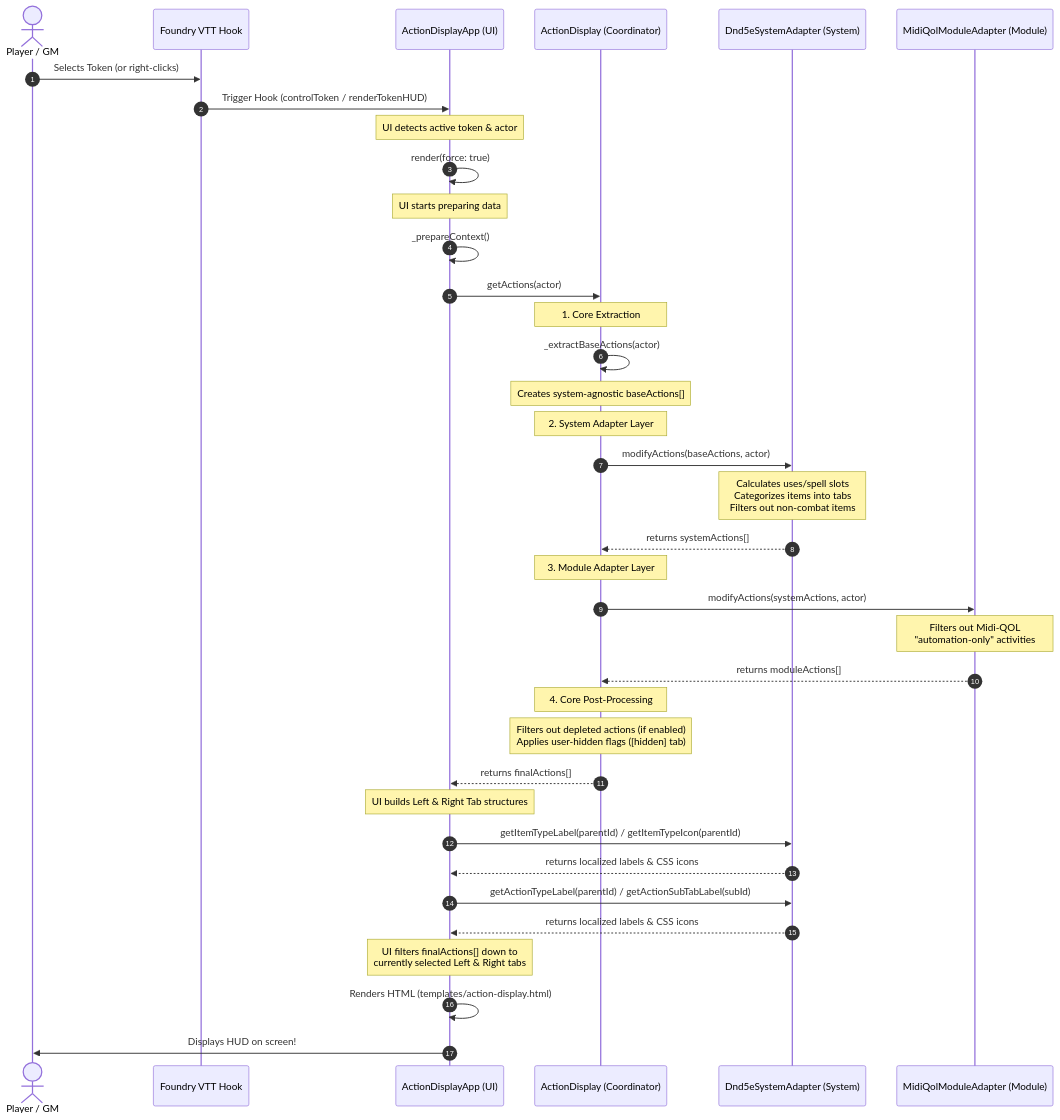
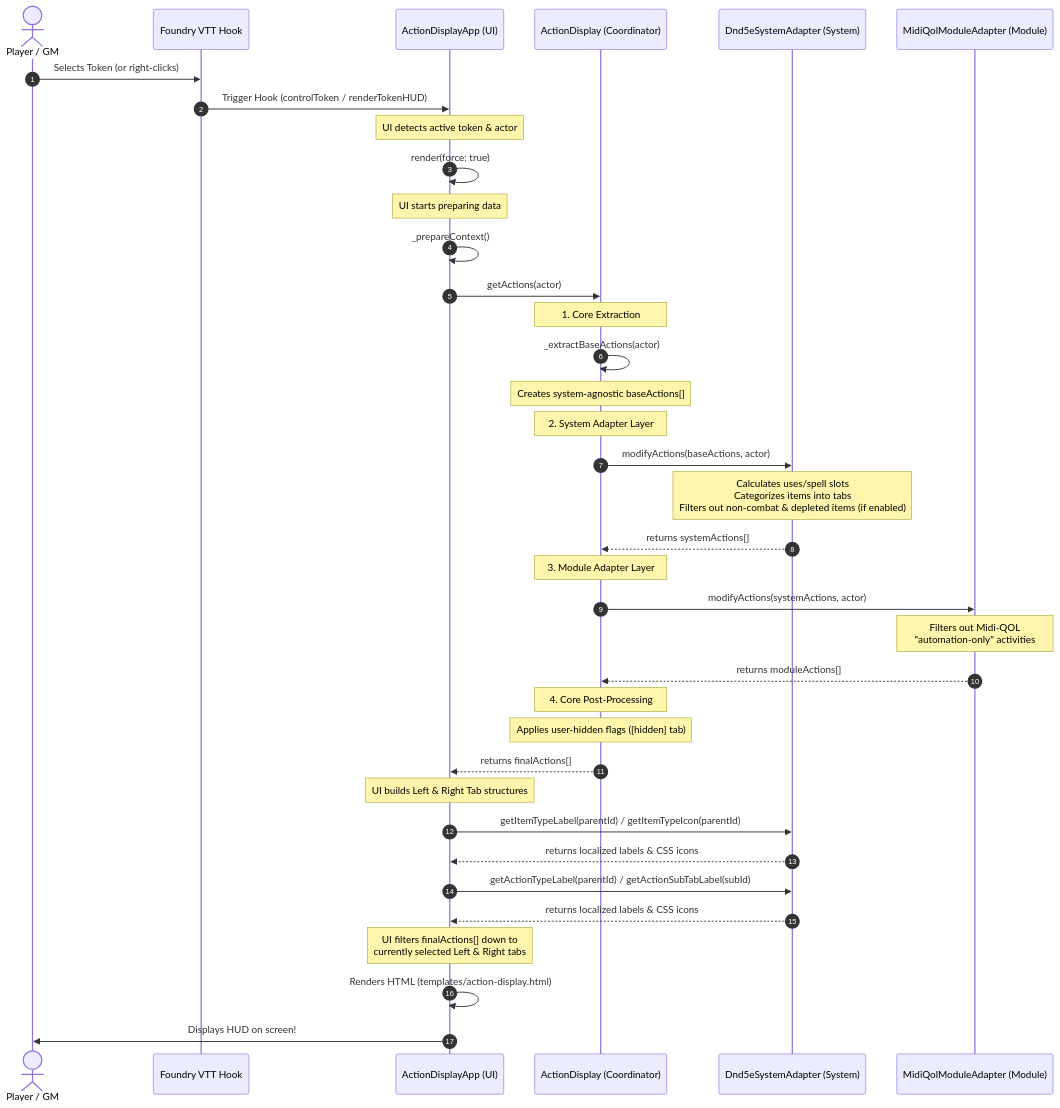
Before and after one commit to aljames-arctic/bakana-action-display: the second of 2 diagrams in documents/architecture_guide.md, drawn with Mermaid. The commit also changed other lines of this file and 3 other files, not shown here.

````diff
--- a/documents/architecture_guide.md
+++ b/documents/architecture_guide.md
@@ -140,50 +141,50 @@
 ```mermaid
 sequenceDiagram
     autonumber
     actor User as Player / GM
     participant Hook as Foundry VTT Hook
     participant UI as ActionDisplayApp (UI)
     participant Core as ActionDisplay (Coordinator)
     participant Sys as Dnd5eSystemAdapter (System)
     participant Mod as MidiQolModuleAdapter (Module)
 
     User->>Hook: Selects Token (or right-clicks)
     Hook->>UI: Trigger Hook (controlToken / renderTokenHUD)
     Note over UI: UI detects active token & actor
     UI->>UI: render(force: true)
     
     Note over UI: UI starts preparing data
     UI->>UI: _prepareContext()
     
     %% Core Pipeline Start
     UI->>Core: getActions(actor)
     Note over Core: 1. Core Extraction
     Core->>Core: _extractBaseActions(actor)
     Note over Core: Creates system-agnostic baseActions[]
     
     Note over Core: 2. System Adapter Layer
     Core->>Sys: modifyActions(baseActions, actor)
-    Note over Sys: Calculates uses/spell slots<br/>Categorizes items into tabs<br/>Filters out non-combat items
+    Note over Sys: Calculates uses/spell slots<br/>Categorizes items into tabs<br/>Filters out non-combat & depleted items (if enabled)
     Sys-->>Core: returns systemActions[]
     
     Note over Core: 3. Module Adapter Layer
     Core->>Mod: modifyActions(systemActions, actor)
     Note over Mod: Filters out Midi-QOL<br/>"automation-only" activities
     Mod-->>Core: returns moduleActions[]
     
     Note over Core: 4. Core Post-Processing
-    Note over Core: Filters out depleted actions (if enabled)<br/>Applies user-hidden flags ([hidden] tab)
+    Note over Core: Applies user-hidden flags ([hidden] tab)
     Core-->>UI: returns finalActions[]
     %% Core Pipeline End
 
     Note over UI: UI builds Left & Right Tab structures
     UI->>Sys: getItemTypeLabel(parentId) / getItemTypeIcon(parentId)
     Sys-->>UI: returns localized labels & CSS icons
     UI->>Sys: getActionTypeLabel(parentId) / getActionSubTabLabel(subId)
     Sys-->>UI: returns localized labels & CSS icons
     
     Note over UI: UI filters finalActions[] down to<br/>currently selected Left & Right tabs
     
     UI->>UI: Renders HTML (templates/action-display.html)
     UI->>User: Displays HUD on screen!
 ```
````
